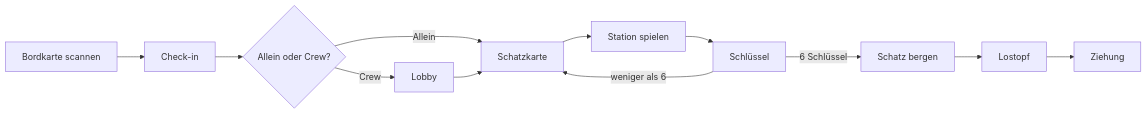
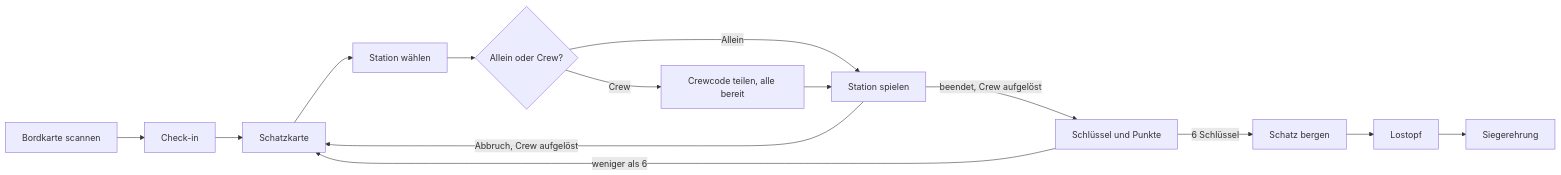
The diagram in concepts/README.md (saschaglo/xmas-ahoi), drawn with Mermaid before and after one commit. The commit also changed other lines of this file and 31 other files, not shown here.

````diff
--- a/concepts/README.md
+++ b/concepts/README.md
@@ -16,10 +16,13 @@
 ```mermaid
 flowchart LR
   A[Bordkarte scannen] --> B[Check-in]
-  B --> C{Allein oder Crew?}
-  C -->|Allein| D[Schatzkarte]
-  C -->|Crew| L[Lobby] --> D
-  D --> E[Station spielen] --> F[Schlüssel]
+  B --> D[Schatzkarte]
+  D --> S[Station wählen]
+  S --> C{Allein oder Crew?}
+  C -->|Allein| E[Station spielen]
+  C -->|Crew| K[Crewcode teilen, alle bereit] --> E
+  E -->|Abbruch, Crew aufgelöst| D
+  E -->|beendet, Crew aufgelöst| F[Schlüssel und Punkte]
   F -->|weniger als 6| D
-  F -->|6 Schlüssel| G[Schatz bergen] --> H[Lostopf] --> I[Ziehung]
+  F -->|6 Schlüssel| G[Schatz bergen] --> H[Lostopf] --> I[Siegerehrung]
 ```
````
